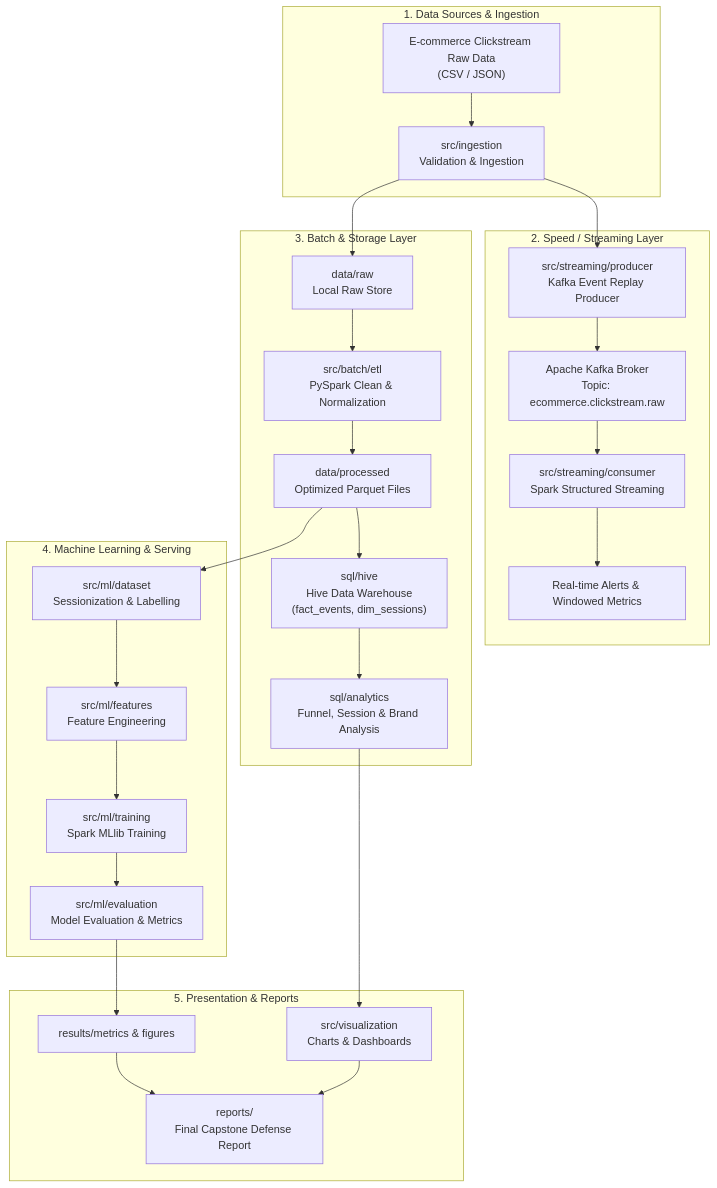
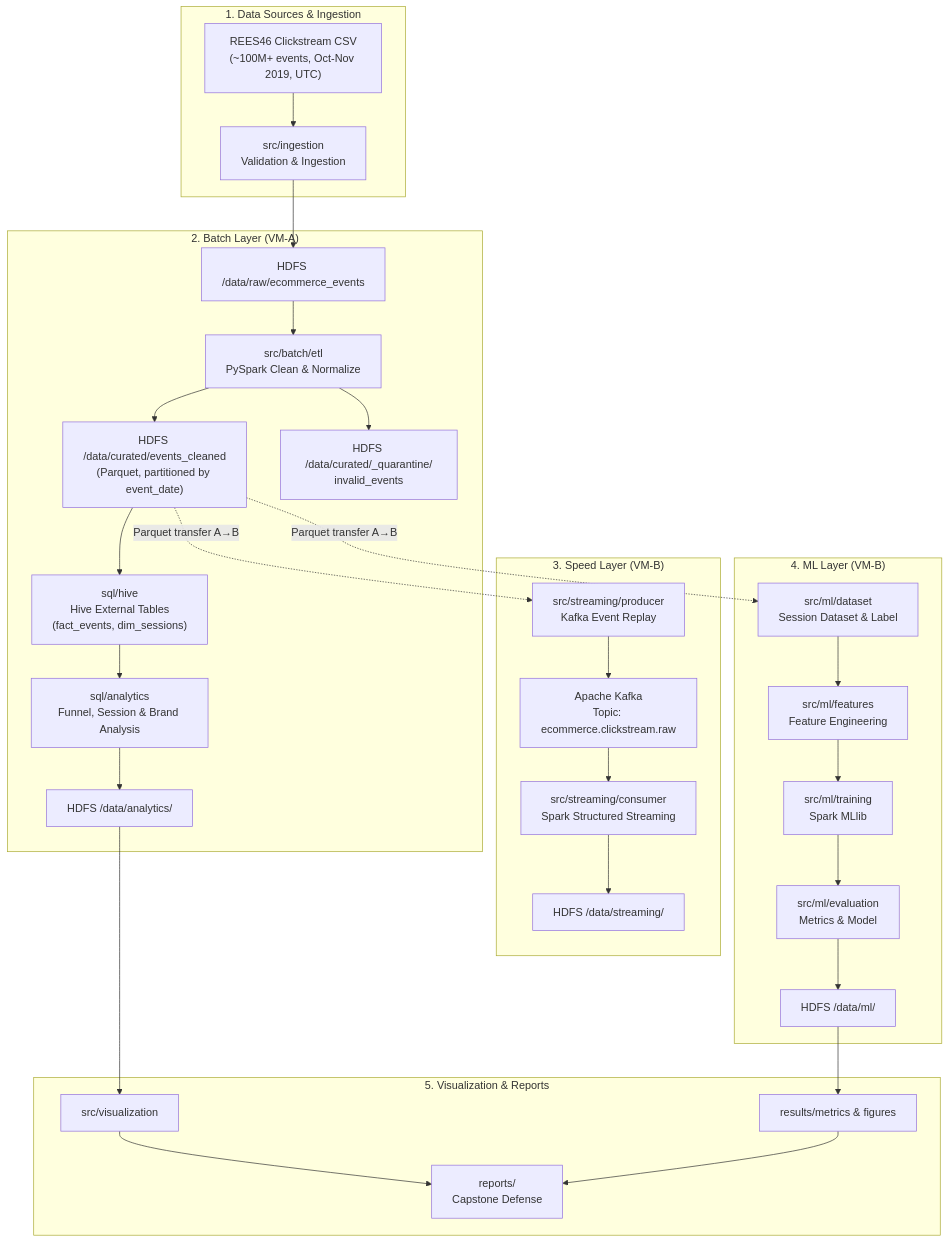
The diagram in docs/architecture.md (ngndng19xs/ecommerce-bigdata-capstone), drawn with Mermaid before and after one commit. The commit also changed other lines of this file and 9 other files, not shown here.

````diff
--- a/docs/architecture.md
+++ b/docs/architecture.md
@@ -12,35 +50,38 @@
 ```mermaid
 flowchart TD
     subgraph Data_Sources["1. Data Sources & Ingestion"]
-        A1["E-commerce Clickstream Raw Data<br/>(CSV / JSON)"] --> B1["src/ingestion<br/>Validation & Ingestion"]
+        A1["REES46 Clickstream CSV<br/>(~100M+ events, Oct-Nov 2019, UTC)"] --> B1["src/ingestion<br/>Validation & Ingestion"]
     end
 
-    subgraph Streaming_Layer["2. Speed / Streaming Layer"]
-        B1 --> C1["src/streaming/producer<br/>Kafka Event Replay Producer"]
-        C1 --> C2["Apache Kafka Broker<br/>Topic: ecommerce.clickstream.raw"]
-        C2 --> C3["src/streaming/consumer<br/>Spark Structured Streaming"]
-        C3 --> C4["Real-time Alerts & Windowed Metrics"]
+    subgraph Batch_Layer["2. Batch Layer (VM-A)"]
+        B1 --> D1["HDFS /data/raw/ecommerce_events"]
+        D1 --> D2["src/batch/etl<br/>PySpark Clean & Normalize"]
+        D2 --> D3["HDFS /data/curated/events_cleaned<br/>(Parquet, partitioned by event_date)"]
+        D2 --> DQ["HDFS /data/curated/_quarantine/<br/>invalid_events"]
+        D3 --> D4["sql/hive<br/>Hive External Tables<br/>(fact_events, dim_sessions)"]
+        D4 --> D5["sql/analytics<br/>Funnel, Session & Brand Analysis"]
+        D5 --> DA["HDFS /data/analytics/"]
     end
 
-    subgraph Batch_Layer["3. Batch & Storage Layer"]
-        B1 --> D1["data/raw<br/>Local Raw Store"]
-        D1 --> D2["src/batch/etl<br/>PySpark Clean & Normalization"]
-        D2 --> D3["data/processed<br/>Optimized Parquet Files"]
-        D3 --> D4["sql/hive<br/>Hive Data Warehouse<br/>(fact_events, dim_sessions)"]
-        D4 --> D5["sql/analytics<br/>Funnel, Session & Brand Analysis"]
+    subgraph Streaming_Layer["3. Speed Layer (VM-B)"]
+        D3 -.->|"Parquet transfer A→B"| C1["src/streaming/producer<br/>Kafka Event Replay"]
+        C1 --> C2["Apache Kafka<br/>Topic: ecommerce.clickstream.raw"]
+        C2 --> C3["src/streaming/consumer<br/>Spark Structured Streaming"]
+        C3 --> C4["HDFS /data/streaming/"]
     end
 
-    subgraph ML_Layer["4. Machine Learning & Serving"]
-        D3 --> E1["src/ml/dataset<br/>Sessionization & Labelling"]
+    subgraph ML_Layer["4. ML Layer (VM-B)"]
+        D3 -.->|"Parquet transfer A→B"| E1["src/ml/dataset<br/>Session Dataset & Label"]
         E1 --> E2["src/ml/features<br/>Feature Engineering"]
-        E2 --> E3["src/ml/training<br/>Spark MLlib Training"]
-        E3 --> E4["src/ml/evaluation<br/>Model Evaluation & Metrics"]
+        E2 --> E3["src/ml/training<br/>Spark MLlib"]
+        E3 --> E4["src/ml/evaluation<br/>Metrics & Model"]
+        E4 --> E5["HDFS /data/ml/"]
     end
 
-    subgraph Presentation["5. Presentation & Reports"]
-        D5 --> F1["src/visualization<br/>Charts & Dashboards"]
-        E4 --> F2["results/metrics & figures"]
-        F1 --> G1["reports/<br/>Final Capstone Defense Report"]
+    subgraph Presentation["5. Visualization & Reports"]
+        DA --> F1["src/visualization"]
+        E5 --> F2["results/metrics & figures"]
+        F1 --> G1["reports/<br/>Capstone Defense"]
         F2 --> G1
     end
 ```
````
